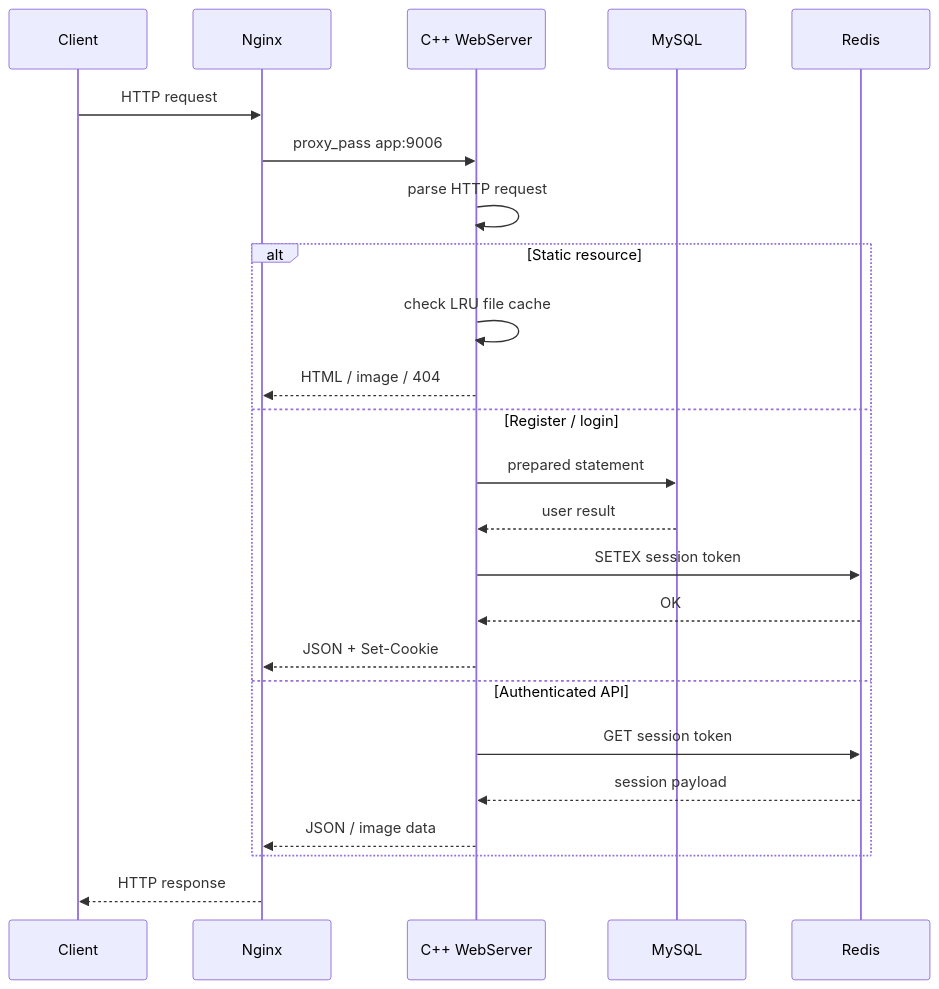
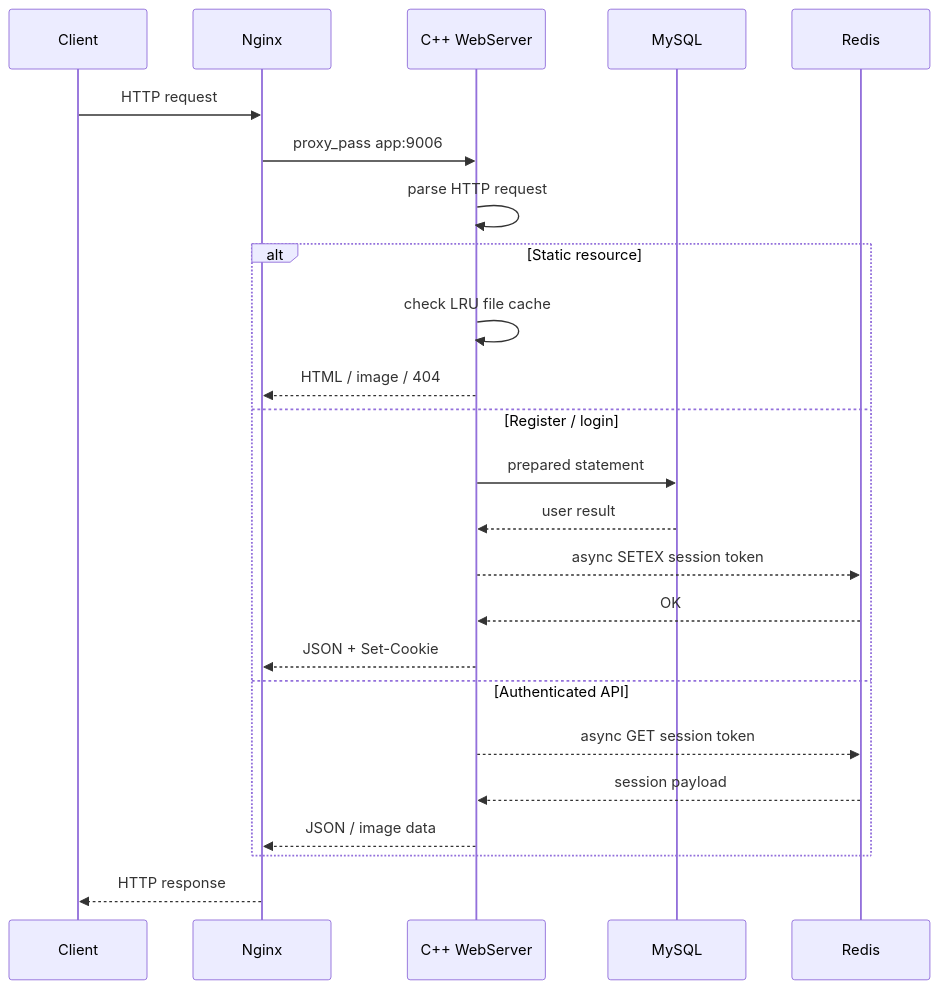
Before and after one commit to Zccff/webserver-pictures-share: the second of 3 diagrams in docs/architecture-and-benchmark.md, drawn with Mermaid. The commit also changed other lines of this file and 101 other files, not shown here.

````diff
--- a/docs/architecture-and-benchmark.md
+++ b/docs/architecture-and-benchmark.md
@@ -28,29 +29,29 @@
 ```mermaid
 sequenceDiagram
     participant C as Client
     participant N as Nginx
     participant S as C++ WebServer
     participant M as MySQL
     participant R as Redis
 
     C->>N: HTTP request
     N->>S: proxy_pass app:9006
     S->>S: parse HTTP request
 
     alt Static resource
         S->>S: check LRU file cache
         S-->>N: HTML / image / 404
     else Register / login
         S->>M: prepared statement
         M-->>S: user result
-        S->>R: SETEX session token
-        R-->>S: OK
+    S-->>R: async SETEX session token
+    R-->>S: OK
         S-->>N: JSON + Set-Cookie
     else Authenticated API
-        S->>R: GET session token
+        S-->>R: async GET session token
         R-->>S: session payload
         S-->>N: JSON / image data
     end
 
     N-->>C: HTTP response
 ```
````
